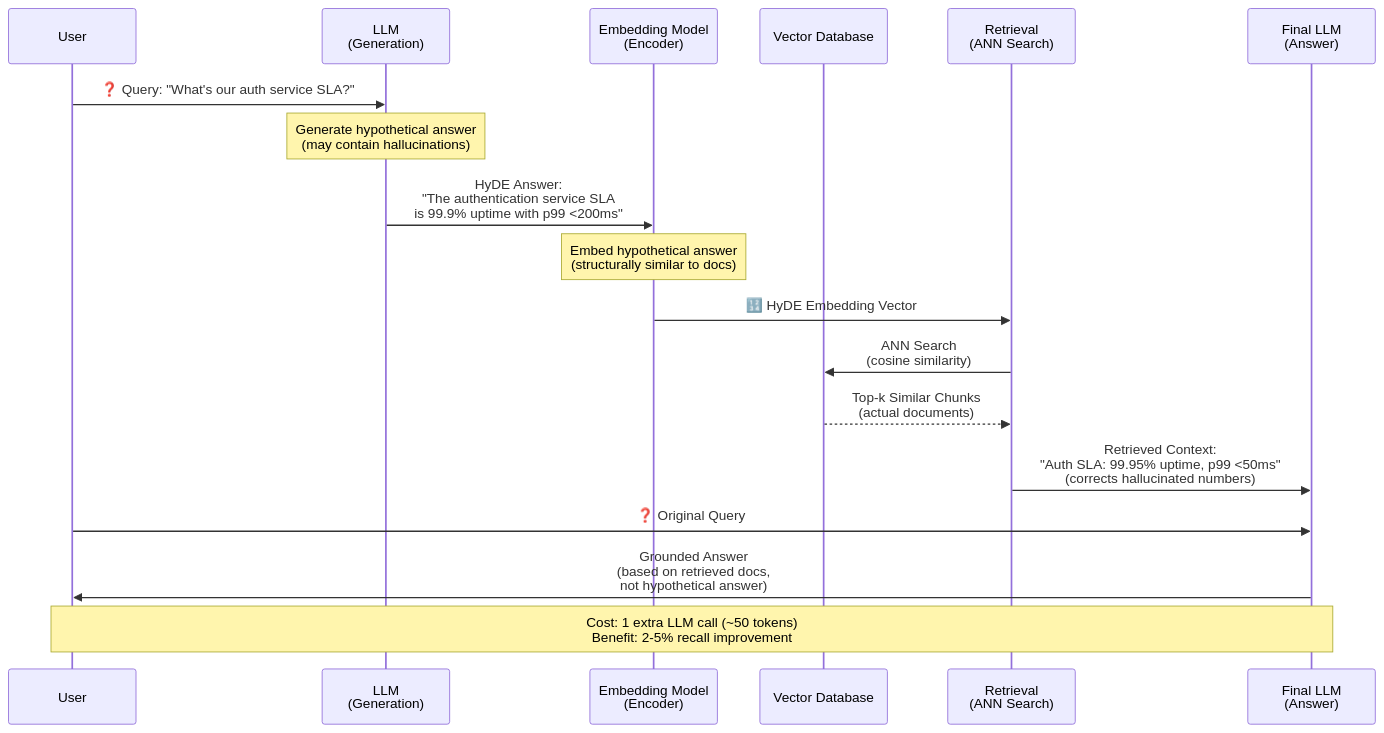
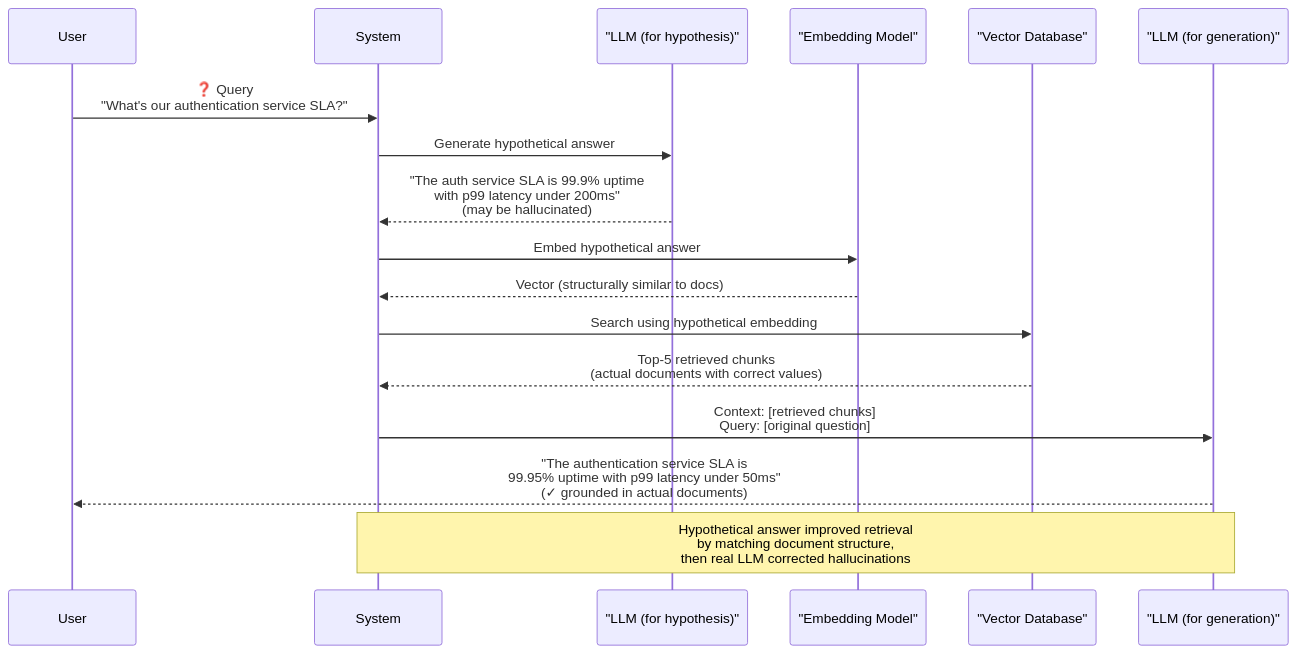
Before and after one commit to dsgouda7/ai-portfolio: the third of 3 diagrams in notes/03a-ai/ch07-rag-and-embeddings/rag-and-embeddings.md, drawn with Mermaid. The commit also changed other lines of this file and 1 other file, not shown here.

First line of the commit message:
Improve Ch07 (RAG) and Ch08 (Vector DBs): Add intuition, visualizations, examples

````diff
--- a/notes/03a-ai/ch07-rag-and-embeddings/rag-and-embeddings.md
+++ b/notes/03a-ai/ch07-rag-and-embeddings/rag-and-embeddings.md
@@ -498,22 +517,21 @@
 ```mermaid
 sequenceDiagram
  participant User
- participant LLM as LLM<br/>(Generation)
- participant Embed as Embedding Model<br/>(Encoder)
- participant VDB as Vector Database
- participant Retrieve as Retrieval<br/>(ANN Search)
- participant Final as Final LLM<br/>(Answer)
+ participant System
+ participant LLM as "LLM (for hypothesis)"
+ participant Embed as "Embedding Model"
+ participant VectorDB as "Vector Database"
+ participant GenLLM as "LLM (for generation)"
 
- User->>LLM: ❓ Query: "What's our auth service SLA?"
- Note over LLM: Generate hypothetical answer<br/>(may contain hallucinations)
- LLM->>Embed: HyDE Answer:<br/>"The authentication service SLA<br/>is 99.9% uptime with p99 <200ms"
- Note over Embed: Embed hypothetical answer<br/>(structurally similar to docs)
- Embed->>Retrieve: 🔢 HyDE Embedding Vector
- Retrieve->>VDB: ANN Search<br/>(cosine similarity)
- VDB-->>Retrieve: Top-k Similar Chunks<br/>(actual documents)
- Retrieve->>Final: Retrieved Context:<br/>"Auth SLA: 99.95% uptime, p99 <50ms"<br/>(corrects hallucinated numbers)
- User->>Final: ❓ Original Query
- Final->>User: Grounded Answer<br/>(based on retrieved docs,<br/>not hypothetical answer)
+ User->>System: ❓ Query<br/>"What's our authentication service SLA?"
+ System->>LLM: Generate hypothetical answer
+ LLM-->>System: "The auth service SLA is 99.9% uptime<br/>with p99 latency under 200ms"<br/>(may be hallucinated)
+ System->>Embed: Embed hypothetical answer
+ Embed-->>System: Vector (structurally similar to docs)
+ System->>VectorDB: Search using hypothetical embedding
+ VectorDB-->>System: Top-5 retrieved chunks<br/>(actual documents with correct values)
+ System->>GenLLM: Context: [retrieved chunks]<br/>Query: [original question]
+ GenLLM-->>User: "The authentication service SLA is<br/>99.95% uptime with p99 latency under 50ms"<br/>(✓ grounded in actual documents)
 
- Note over User,Final: Cost: 1 extra LLM call (~50 tokens)<br/>Benefit: 2-5% recall improvement
+ Note over System,GenLLM: Hypothetical answer improved retrieval<br/>by matching document structure,<br/>then real LLM corrected hallucinations
 ```
````
